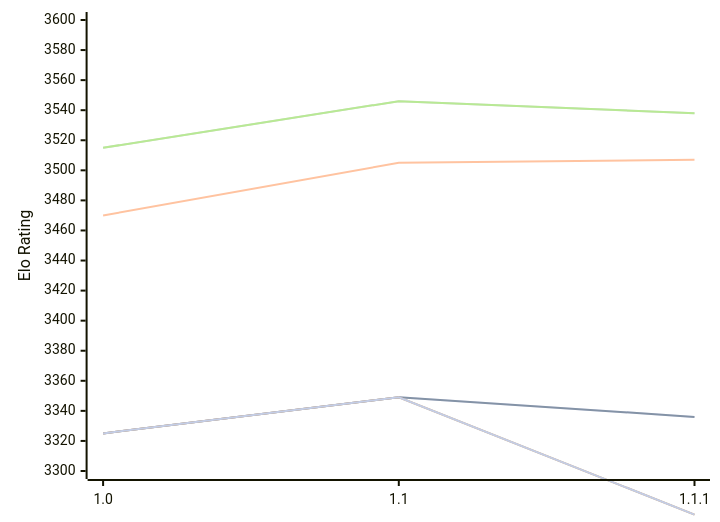
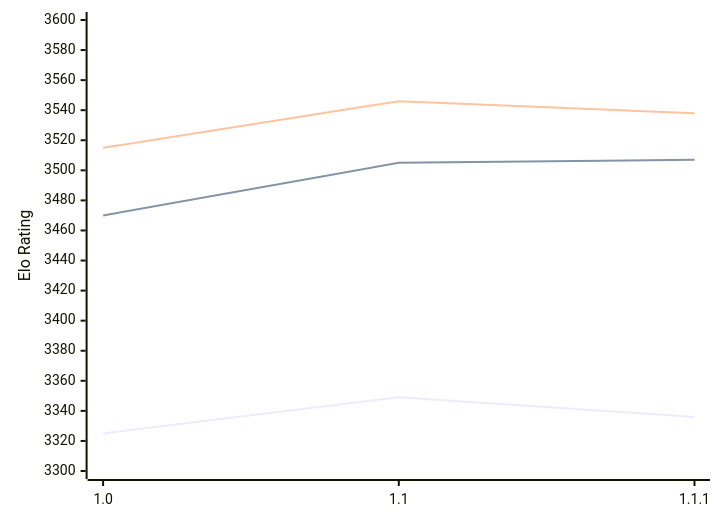
The diagram in engines/Icarus.md (computer-chess-index/cci), drawn with Mermaid before and after one commit. The commit also changed other lines of this file, not shown here.

````diff
--- a/engines/Icarus.md
+++ b/engines/Icarus.md
@@ -49,13 +49,9 @@
 ```mermaid
 %%{init: {"theme":"base","themeVariables":{"seriesColors:['#a3a3a3','#222221','#faa371']}}}%%
 xychart-beta
   x-axis ["1.0", "1.1", "1.1.1"]
   y-axis "Elo Rating" 3300 --> 3600
-  line "" [3325, 3349, 3336]
   line "T1: STC (8.0+0.08s)" [3325, 3349, 3336]
   line "T1: LTC (60.0+0.60s)" [3470, 3505, 3507]
-  line "" [3515, 3546, 3538]
   line "T1: VLTC (2m24s+1.12s)" [3515, 3546, 3538]
-  line "" [3325, 3349,3271]
-  line "E1: STC (8.0+0.08s)" [3325, 3349,3271]
 ```
````
